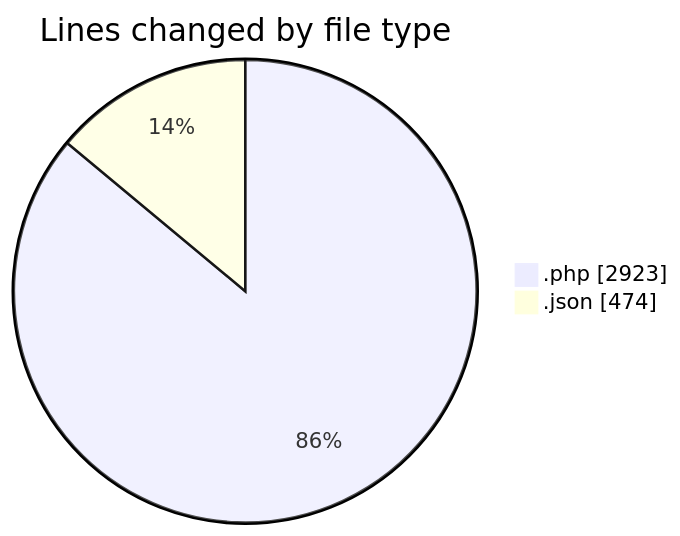
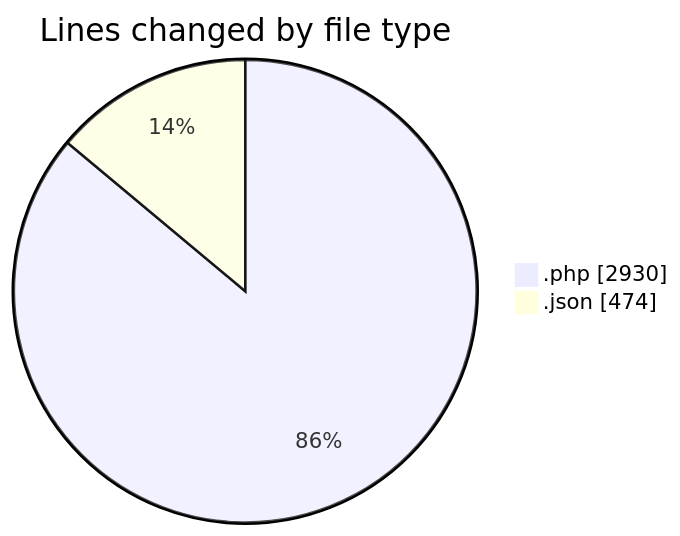
The first of 2 diagrams in 2025-06-16/studio-backend/README.md (idhammustaqopulfikri/code-tracking), drawn with Mermaid before and after one commit. The commit also changed other lines of this file and 1 other file, not shown here.

````diff
--- a/2025-06-16/studio-backend/README.md
+++ b/2025-06-16/studio-backend/README.md
@@ -36,6 +36,6 @@
 ```mermaid
 pie showData
 title Lines changed by file type
-".php" : 2923
+".php" : 2930
 ".json" : 474
 ```
````
